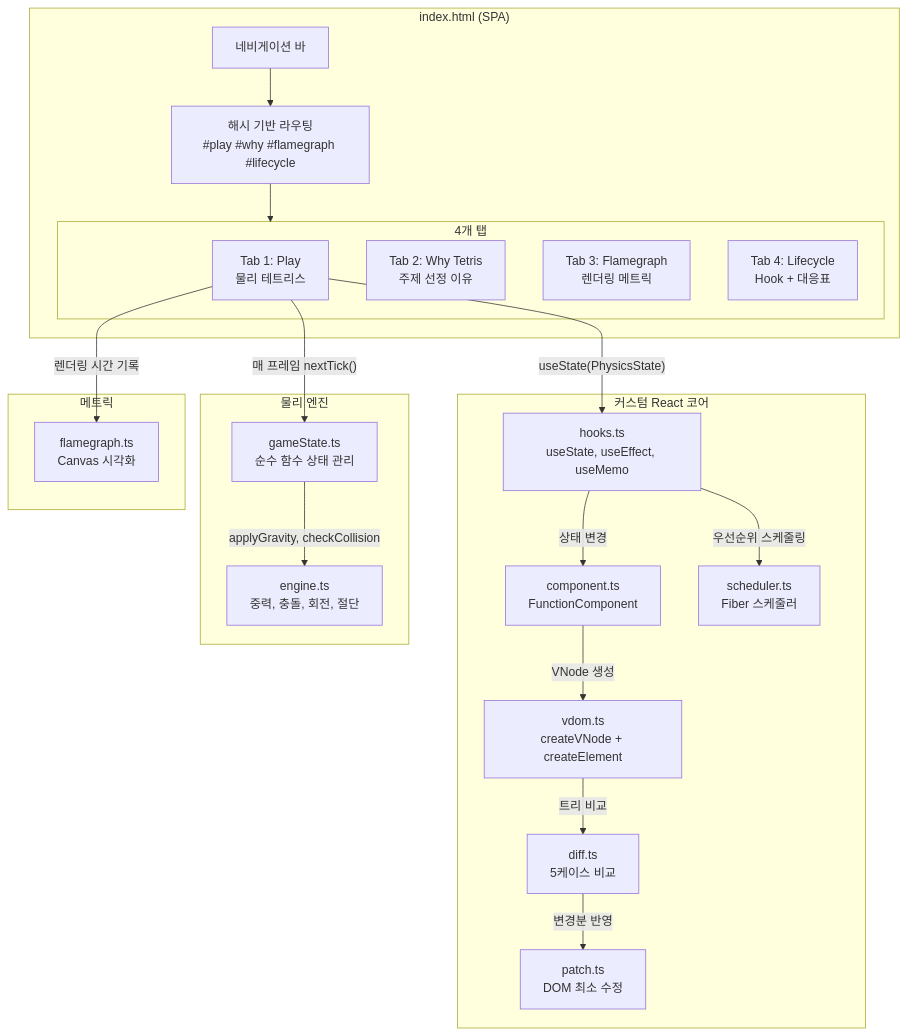
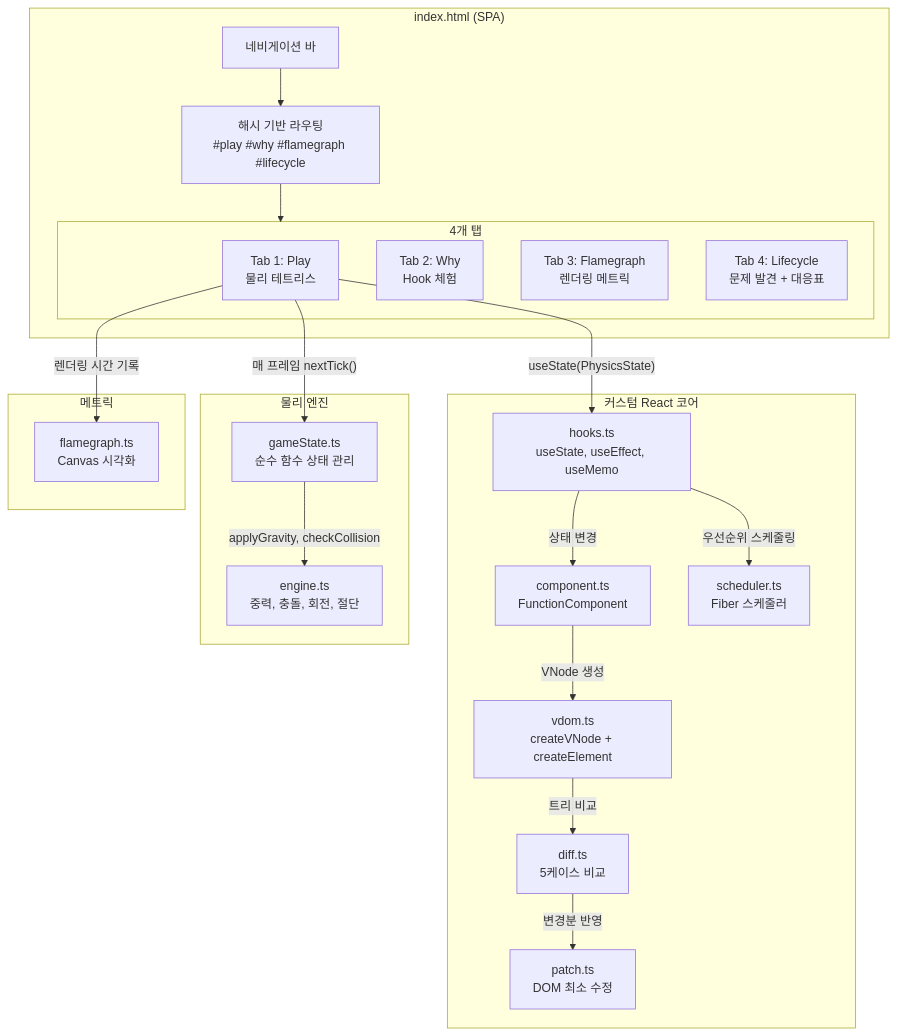
One commit to JYPark-Code/jungle_w5_react_tetris changed the first of 3 diagrams in README.md. Above: the diagram before and after it, drawn with Mermaid. The commit also changed other lines of this file and 4 other files, not shown here.

````diff
--- a/README.md
+++ b/README.md
@@ -79,44 +99,44 @@
 ```mermaid
 graph TB
     subgraph SPA["index.html (SPA)"]
         NAV["네비게이션 바"]
         ROUTER["해시 기반 라우팅<br/>#play #why #flamegraph #lifecycle"]
         NAV --> ROUTER
 
         subgraph TABS["4개 탭"]
             T1["Tab 1: Play<br/>물리 테트리스"]
-            T2["Tab 2: Why Tetris<br/>주제 선정 이유"]
+            T2["Tab 2: Why<br/>Hook 체험"]
             T3["Tab 3: Flamegraph<br/>렌더링 메트릭"]
-            T4["Tab 4: Lifecycle<br/>Hook + 대응표"]
+            T4["Tab 4: Lifecycle<br/>문제 발견 + 대응표"]
         end
         ROUTER --> TABS
     end
 
     subgraph CORE["커스텀 React 코어"]
         VDOM["vdom.ts<br/>createVNode + createElement"]
         DIFF["diff.ts<br/>5케이스 비교"]
         PATCH["patch.ts<br/>DOM 최소 수정"]
         COMP["component.ts<br/>FunctionComponent"]
         HOOKS["hooks.ts<br/>useState, useEffect, useMemo"]
         SCHED["scheduler.ts<br/>Fiber 스케줄러"]
     end
 
     subgraph PHYSICS["물리 엔진"]
         ENGINE["engine.ts<br/>중력, 충돌, 회전, 절단"]
         STATE["gameState.ts<br/>순수 함수 상태 관리"]
     end
 
     subgraph METRICS["메트릭"]
         FLAME["flamegraph.ts<br/>Canvas 시각화"]
     end
 
     T1 -->|"useState(PhysicsState)"| HOOKS
     HOOKS -->|"상태 변경"| COMP
     COMP -->|"VNode 생성"| VDOM
     VDOM -->|"트리 비교"| DIFF
     DIFF -->|"변경분 반영"| PATCH
     HOOKS -->|"우선순위 스케줄링"| SCHED
     T1 -->|"매 프레임 nextTick()"| STATE
     STATE -->|"applyGravity, checkCollision"| ENGINE
     T1 -->|"렌더링 시간 기록"| FLAME
 ```
````
